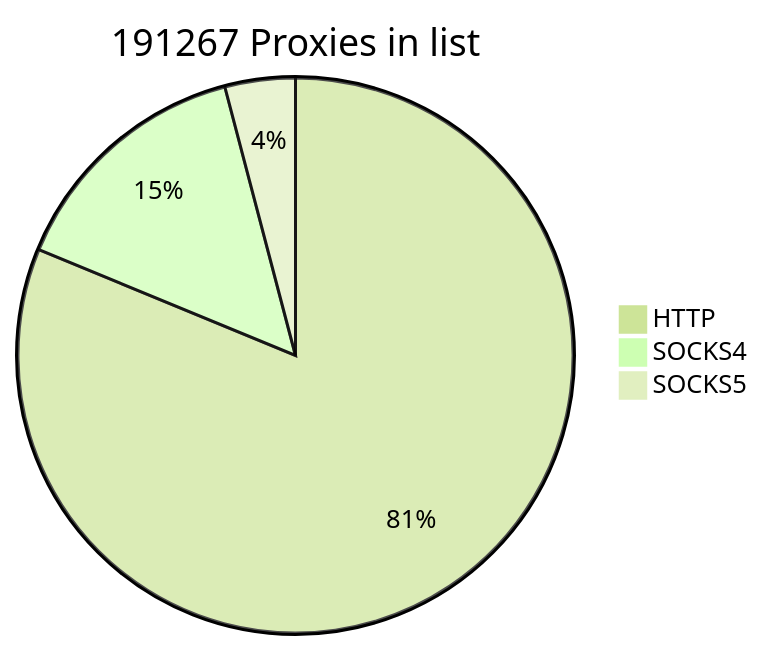
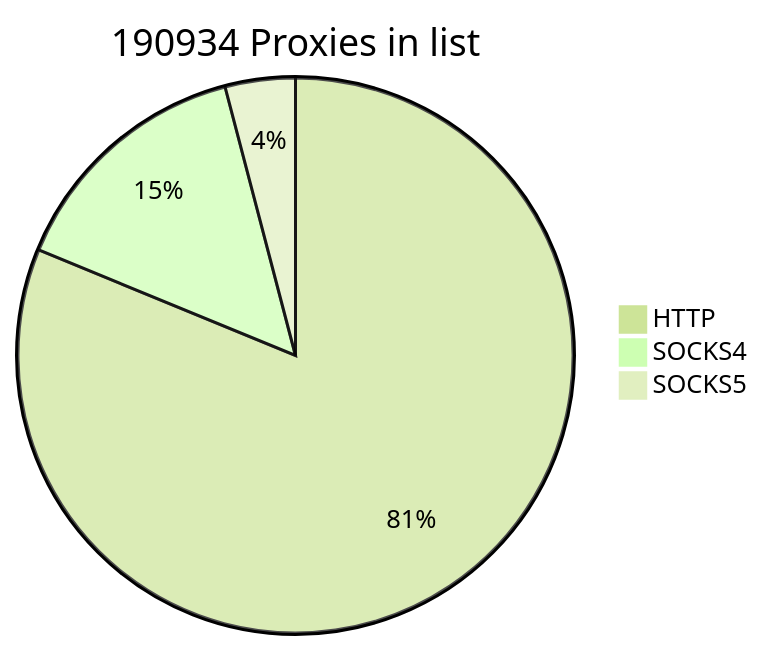
The first of 2 diagrams in README.md (cutipu/proxylist), drawn with Mermaid (forest theme) before and after one commit. The commit also changed other lines of this file, not shown here.

````diff
--- a/README.md
+++ b/README.md
@@ -2,7 +2,7 @@
 ```mermaid
-pie title 191267 Proxies in list
-    "HTTP" : 155359
-    "SOCKS4" : 28078
-    "SOCKS5" : 7830
+pie title 190934 Proxies in list
+    "HTTP" : 155066
+    "SOCKS4" : 28077
+    "SOCKS5" : 7791
             
 ```
````
